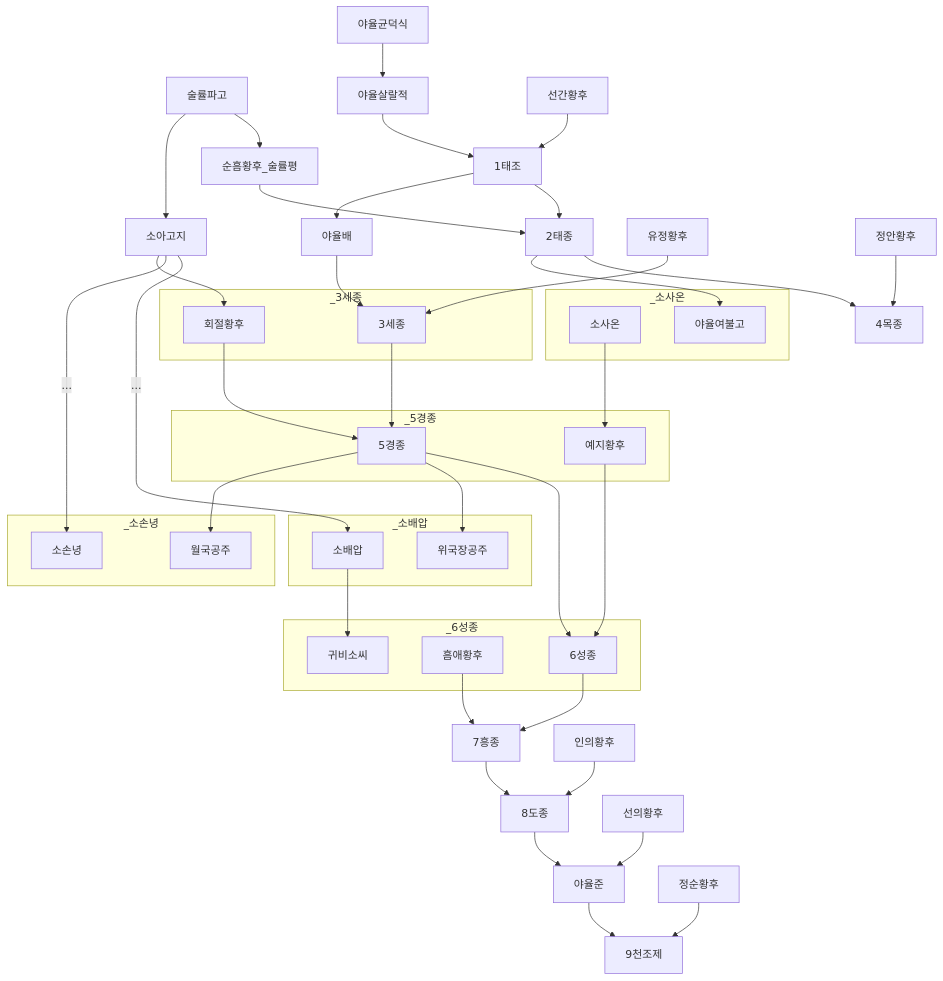
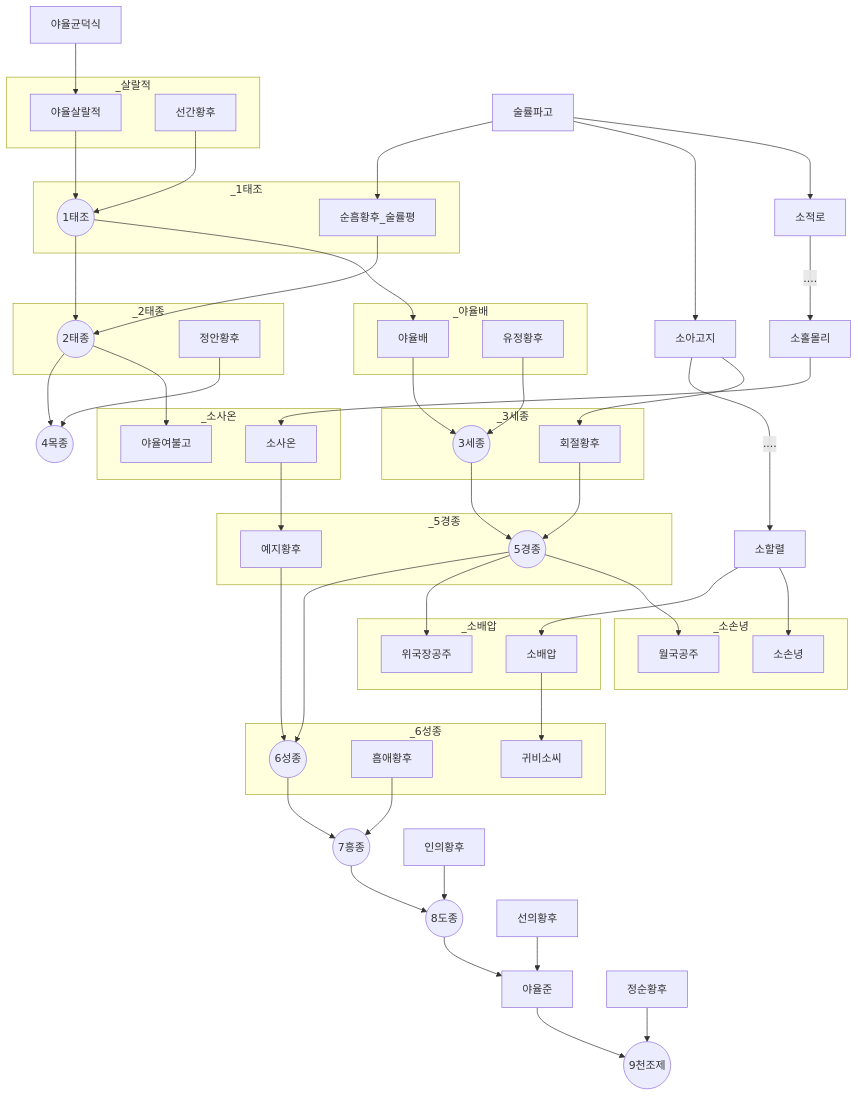
One commit to daewonyoon/historigram changed the diagram in 중국사/요왕조.md. Above: the diagram before and after it, drawn with Mermaid. The commit also changed 1 other file, not shown here.

Commit message:
영국왕가계도, 요왕조 가계도

```diff
--- a/중국사/요왕조.md
+++ b/중국사/요왕조.md
@@ -2,29 +2,51 @@
 
 graph TD
 
-1태조 
-2태종
-3세종
-4목종
-5경종
-6성종
-7흥종
-8도종
-9천조제
+1태조((1태조))
+2태종((2태종))
+3세종((3세종))
+4목종((4목종))
+5경종((5경종))
+6성종((6성종))
+7흥종((7흥종))
+8도종((8도종))
+9천조제((9천조제))
+
 순흠황후[순흠황후_술률평]
 
 술률파고 --> 순흠황후
 술률파고 --> 소아고지
+술률파고 --> 소적로
 
-소아고지 --...--> 소배압
-소아고지 --...--> 소손녕
-
+소아고지 --....--> 소할렬
+소적로 --....--> 소홀몰리
+소할렬 --> 소배압
+소할렬 --> 소손녕
 
 야율균덕식 --> 야율살랄적 --> 1태조
 선간황후 --> 1태조
 
+subgraph _살랄적
+야율살랄적
+선간황후
+end
+
+subgraph _1태조
+1태조
+순흠황후
+end
+
+subgraph _야율배
+야율배
+유정황후
+end
 1태조 --> 2태종
 순흠황후 --> 2태종
+
+subgraph _2태종
+2태종
+정안황후
+end
 
 1태조 --> 야율배
 
@@ -32,6 +54,7 @@
 야율배 --> 3세종 --> 5경종 --> 6성종 --> 7흥종 --> 8도종 --> 야율준 --> 9천조제
 유정황후 --> 3세종
 정안황후 --> 4목종
+소적로
 소아고지 --> 회절황후 --> 5경종
 소사온 --> 예지황후 --> 6성종
 흠애황후 --> 7흥종
@@ -72,6 +95,10 @@
 
 2태종 --> 야율여불고
 
+소홀몰리 --> 소사온
+
+
+
 subgraph _소사온
 소사온
 야율여불고
```
